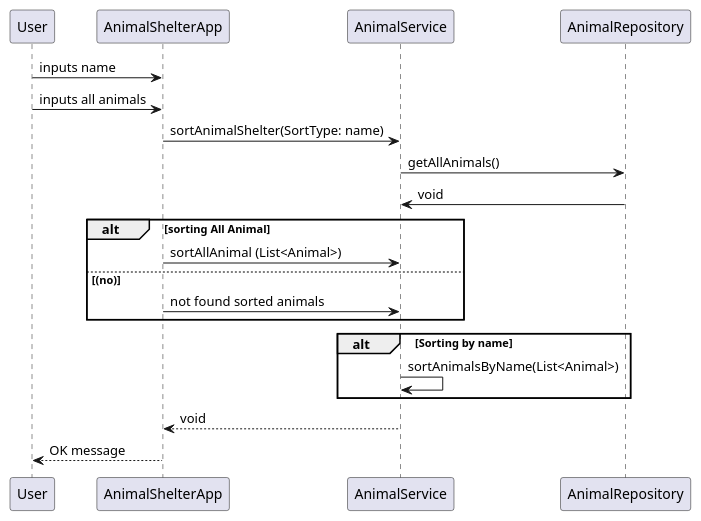
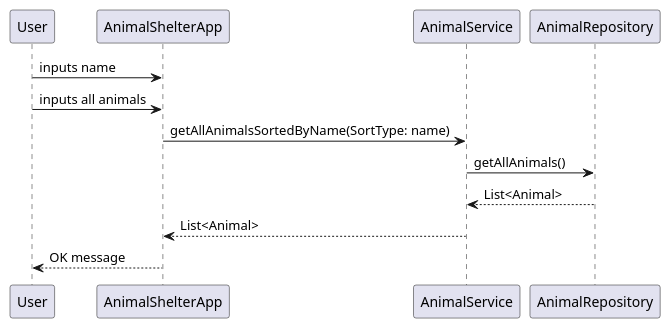
The first of 3 diagrams in src/main/java/AnalyseAnimalShelter/sequence_getAllAnimalsSortedByName.puml (JananJavdan/AnimalShelterTestingJanan), drawn with PlantUML before and after one commit. The commit also changed other lines of this file and 23 other files, not shown here.

```diff
--- a/src/main/java/AnalyseAnimalShelter/sequence_getAllAnimalsSortedByName.puml
+++ b/src/main/java/AnalyseAnimalShelter/sequence_getAllAnimalsSortedByName.puml
@@ -1,24 +1,13 @@
 @startuml
 
 User -> AnimalShelterApp : inputs name
 User -> AnimalShelterApp : inputs all animals
 
-AnimalShelterApp -> AnimalService : sortAnimalShelter(SortType: name)
+AnimalShelterApp -> AnimalService : getAllAnimalsSortedByName(SortType: name)
 AnimalService -> AnimalRepository : getAllAnimals()
-AnimalService <- AnimalRepository : void
+AnimalService <-- AnimalRepository : List<Animal>
 
-alt sorting All Animal
-AnimalShelterApp -> AnimalService : sortAllAnimal (List<Animal>)
-else (no)
-AnimalShelterApp -> AnimalService : not found sorted animals
-end
+AnimalShelterApp <-- AnimalService : List<Animal>
+User <-- AnimalShelterApp : OK message
 
-
-
-alt Sorting by name
-AnimalService -> AnimalService : sortAnimalsByName(List<Animal>)
-end
-
-AnimalShelterApp <-- AnimalService : void
-User <-- AnimalShelterApp : OK message
 @enduml
```
